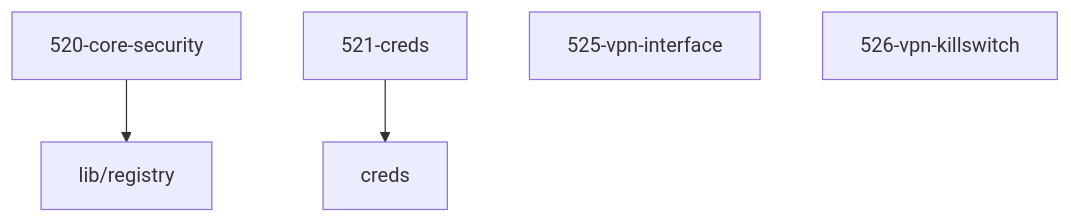
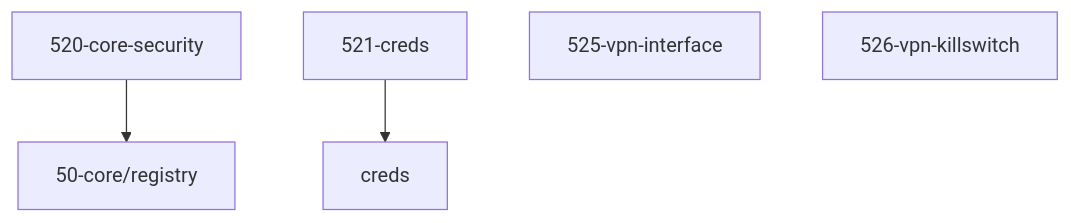
The diagram in 52-security/AGENTS.md (grapefruit89/mediNix-core), drawn with Mermaid before and after one commit. The commit also changed other lines of this file and 79 other files, not shown here.

Commit message:
refactor(repo): resolve lib/ into 50-core, packages, and tests

````diff
--- a/52-security/AGENTS.md
+++ b/52-security/AGENTS.md
@@ -30,8 +30,8 @@
 ```mermaid
 graph TD
-  520_core_security["520-core-security"] --> registry["lib/registry"]
+  520_core_security["520-core-security"] --> registry["50-core/registry"]
   521_creds["521-creds"] --> creds["52-security/creds"]
   525_vpn_interface["525-vpn-interface"]
   526_vpn_killswitch["526-vpn-killswitch"]
   creds["creds"]
 ```
````
